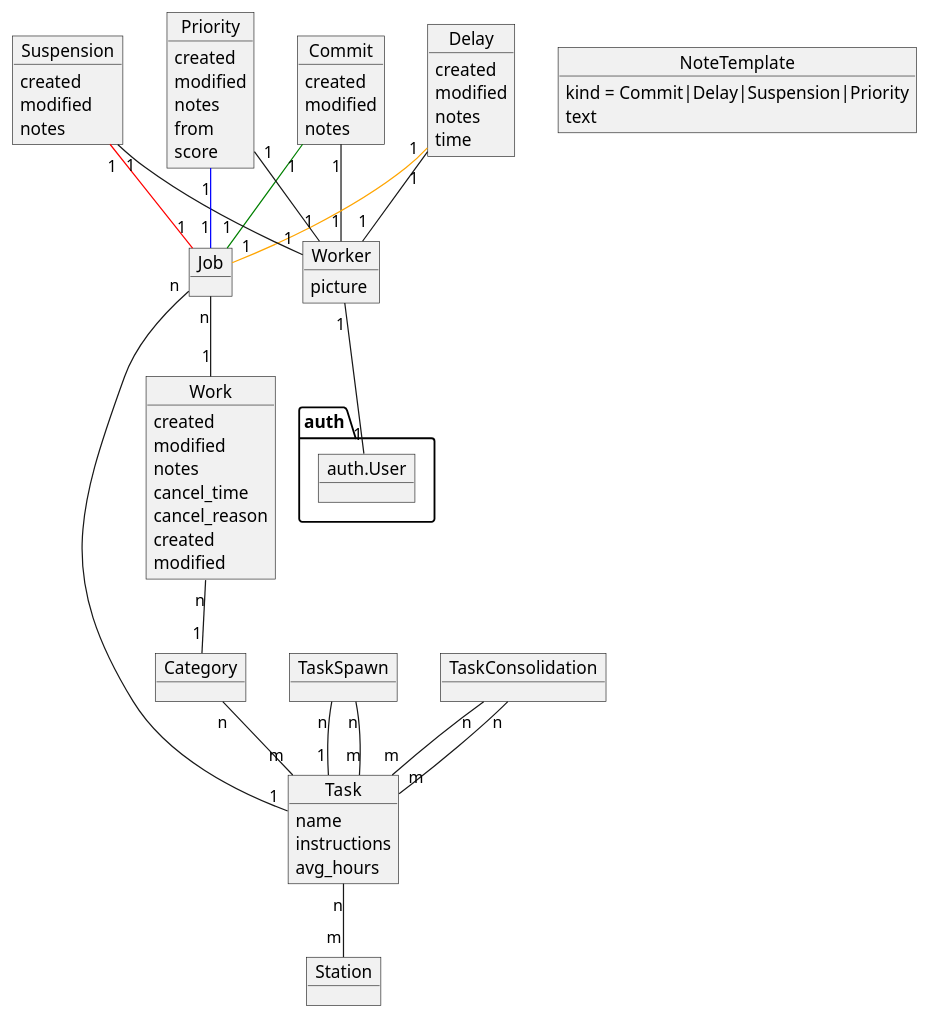
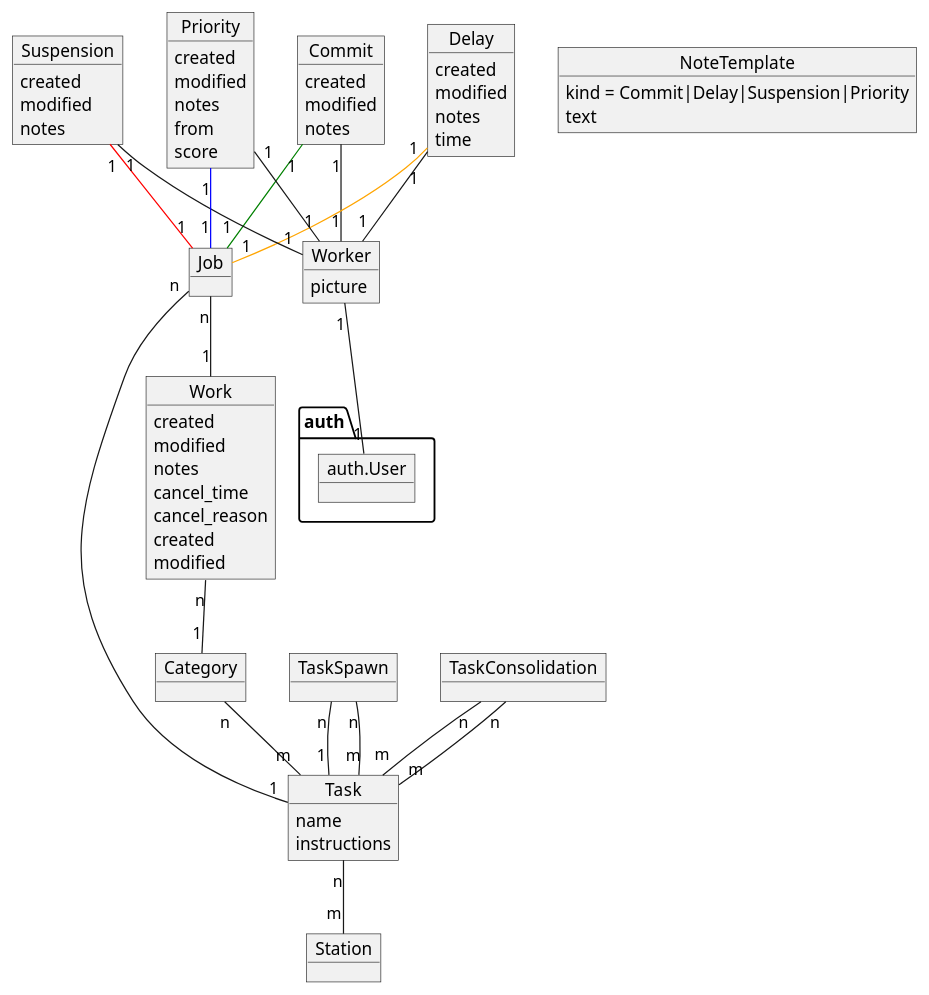
One commit to iriswm/iris changed the diagram in docs/application.plantuml. Above: the diagram before and after it, drawn with PlantUML. The commit also changed 2 other files, not shown here.

Commit message:
Remove average hours field from task objects

```diff
--- a/docs/application.plantuml
+++ b/docs/application.plantuml
@@ -1,195 +1,193 @@
 @startuml
 
 /'
 
 Each time the workshop receives a new order, each single item to be created is
 stored as a `Work` in the Iris site.
 
 Works track creation and modification times, can have notes and can be
 cancelled.
 
 '/
 
 object Work
 
 Work : created
 Work : modified
 Work : notes
 Work : cancel_time
 Work : cancel_reason
 
 /'
 
 Each work will be part of a `Category`. Categories will map each work to a set
 of tasks (`Task` objects).
 
 Each task has individual `instructions` and a simple `name`.
 
 When a new work is created, the category is checked and an appropriate set of
 jobs are created (`Job` objects). Each of this jobs, when completed, will span
 extra works according to another model called `TaskSpawn`. Also, some tasks
 will be spawned when a set of tasks for the same line are completed (only when
 they are all completed). This tasks depending on sets of tasks are kept in the
 model `TaskConsolidation`.
 
 '/
 
 object Category
 
 Work "n" -- "1" Category
 
 object Task
 
 Category "n" -- "m" Task
 
 Task : name
 Task : instructions
 
 object Job
 
 Job "n" -- "1" Task
 Job "n" -- "1" Work
 
 object TaskSpawn
 object TaskConsolidation
 
 TaskSpawn "n" -- "1" Task
 TaskSpawn "n" -- "m" Task
 TaskConsolidation "n" -- "m" Task
 TaskConsolidation "n" -- "m" Task
 
 /'
 
 The items in the models `Task`, `Category`, `TaskSpawn` and `TaskConsolidation`
 represent trees of works needed to consider an order fulfilled.
 
 The works can be completed by any worker, identified in the model `Worker` and
 connected to an Django `User`. The works are marked as completed creating a new
 item in another model called `Commit`.
 
 Worker can have a picture to ease visual identification in the site views.
 
 '/
 
 object Worker
 object auth.User
 
 Worker "1" -- "1" auth.User
 
 Worker : picture
 
 object Commit
 
 Commit "1" -[#green]- "1" Job
 Commit "1" -- "1" Worker
 
 /'
 
 The items in `Work` and `Commit` are timestamped to keep track of the amount of
 time needed by each item in an Order and offer proper estimations and reports.
-For the estimations, information about average times needed per task will be
-recorded in the `Task` model. The commits also have `notes`.
+The commits also have `notes`.
 
 '/
 
 Work : created
 Work : modified
 Commit : created
 Commit : modified
 Commit : notes
-Task : avg_hours
 
 /'
 
 The main purpose of the Iris site is to keep a list of station profiles in a
 `Station` model and offer a detail page for each station when the workers in
 the station can see the tasks pending work and the information needed for each
 task. The secondary purpose is to help with the estimation of order completion
 times and the tertiary purpose is to offer insights into work efficiency and
 performance.
 
 '/
 
 object Station
 
 Task "n" -- "m" Station
 
 /'
 
 The interface will be keep as simple as possible and will have utilities to
 ease the interaction using touch screens. A simple way to switch between
 workers profiles or an alternative should be provided. Also, a system for
 adding common notes using a few touches may be helpful.
 
 '/
 
 object NoteTemplate
 NoteTemplate : kind = Commit|Delay|Suspension|Priority
 NoteTemplate : text
 
 /'
 
 Abnormal workflows in works will be handled using extra models:
 
 '/
 
 /'
 
 - The `Delay` model, with a specific time specified to hide the work in the
   station during that time and a note.
 
 '/
 
 object Delay
 
 Delay "1" -[#orange]- "1" Job
 Delay "1" -- "1" Worker
 
 Delay : created
 Delay : modified
 Delay : notes
 Delay : time
 
 /'
 
 - The `Suspension` model, for halts in works without time estimations, also
   with a note.
 
 '/
 
 object Suspension
 
 Suspension "1" -[#red]- "1" Job
 Suspension "1" -- "1" Worker
 
 Suspension : created
 Suspension : modified
 Suspension : notes
 
 /'
 
 - The `Priority` model, to give extra priority to certain work from a specific
   date. This will override the default FIFO order for works with a different
   score. The higher the score the higher the priority.
 
 '/
 
 object Priority
 
 Priority "1" -[#blue]- "1" Job
 Priority "1" -- "1" Worker
 
 Priority : created
 Priority : modified
 Priority : notes
 Priority : from
 Priority : score
 
 /'
 
 A system of alerts to handle delays or suspensions is also considerably useful
 to have, but in the meantime, an screen to show them should be enough.
 
 '/
 
 @enduml
```
